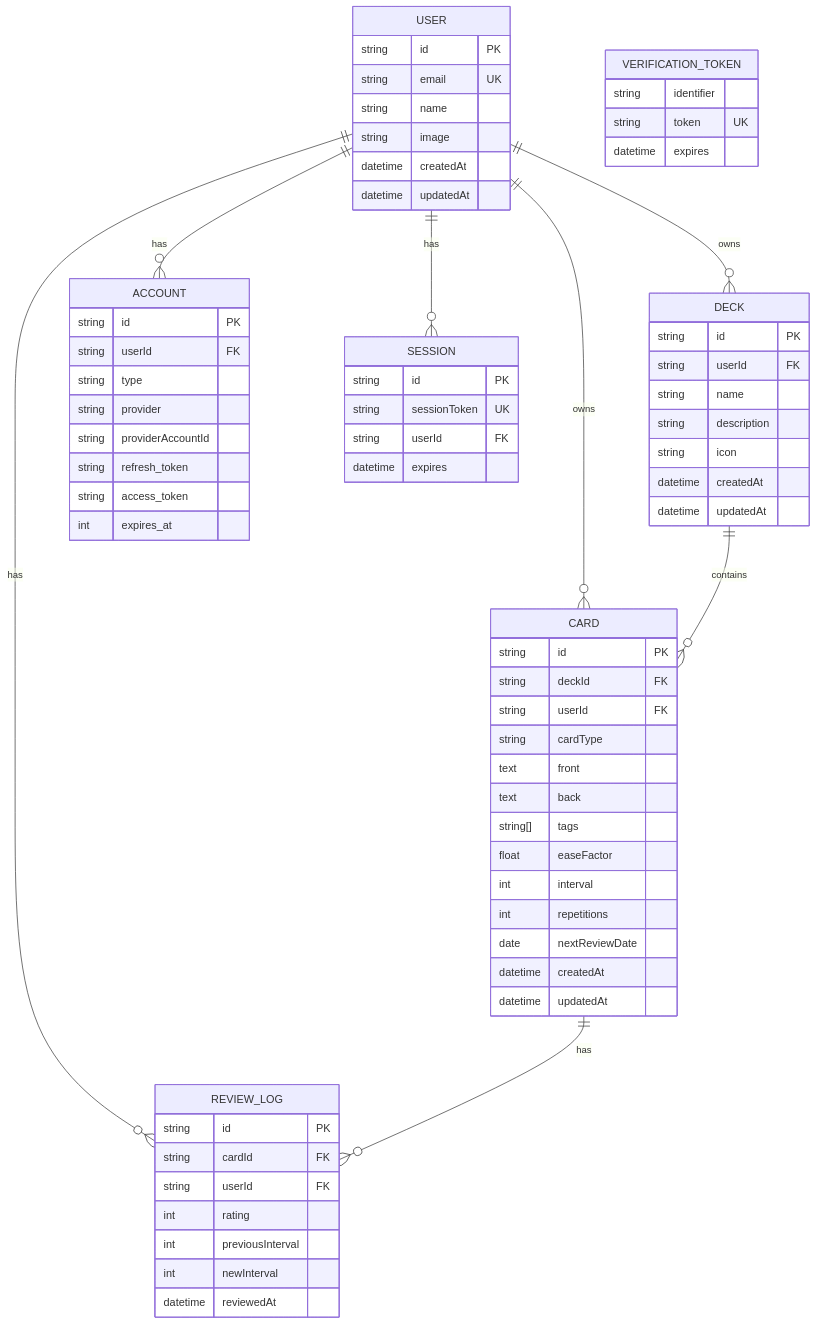
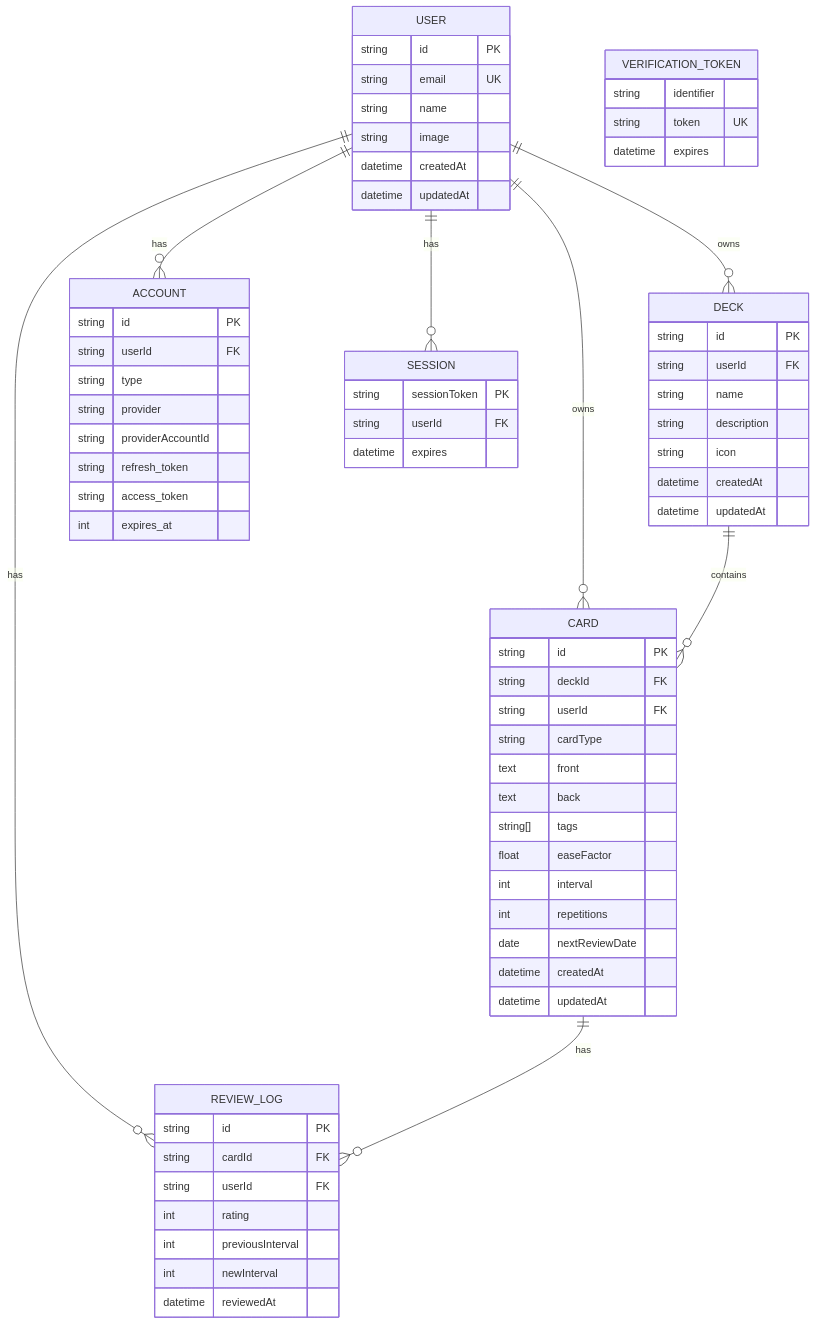
The second of 5 diagrams in docs/functional-design.md (m1zL/loop-learn), drawn with Mermaid before and after one commit. The commit also changed other lines of this file and 1 other file, not shown here.

Commit message:
docs: CodeRabbit 対応に伴うドキュメント更新
- functional-design: Session ER図を sessionToken PK に修正
- functional-design: POST /api/cards のエラー一覧にタグ長超過(50文字)を追加
- repository-structure: next.config.ts の説明を serverExternalPackages の実態に合わせて修正

````diff
--- a/docs/functional-design.md
+++ b/docs/functional-design.md
@@ -147,73 +147,72 @@
 ```mermaid
 erDiagram
     USER ||--o{ DECK : owns
     USER ||--o{ CARD : owns
     USER ||--o{ REVIEW_LOG : has
     USER ||--o{ ACCOUNT : has
     USER ||--o{ SESSION : has
     DECK ||--o{ CARD : contains
     CARD ||--o{ REVIEW_LOG : has
 
     USER {
         string id PK
         string email UK
         string name
         string image
         datetime createdAt
         datetime updatedAt
     }
     DECK {
         string id PK
         string userId FK
         string name
         string description
         string icon
         datetime createdAt
         datetime updatedAt
     }
     CARD {
         string id PK
         string deckId FK
         string userId FK
         string cardType
         text front
         text back
         string[] tags
         float easeFactor
         int interval
         int repetitions
         date nextReviewDate
         datetime createdAt
         datetime updatedAt
     }
     REVIEW_LOG {
         string id PK
         string cardId FK
         string userId FK
         int rating
         int previousInterval
         int newInterval
         datetime reviewedAt
     }
     ACCOUNT {
         string id PK
         string userId FK
         string type
         string provider
         string providerAccountId
         string refresh_token
         string access_token
         int expires_at
     }
     SESSION {
-        string id PK
-        string sessionToken UK
+        string sessionToken PK
         string userId FK
         datetime expires
     }
     VERIFICATION_TOKEN {
         string identifier
         string token UK
         datetime expires
     }
 ```
````
